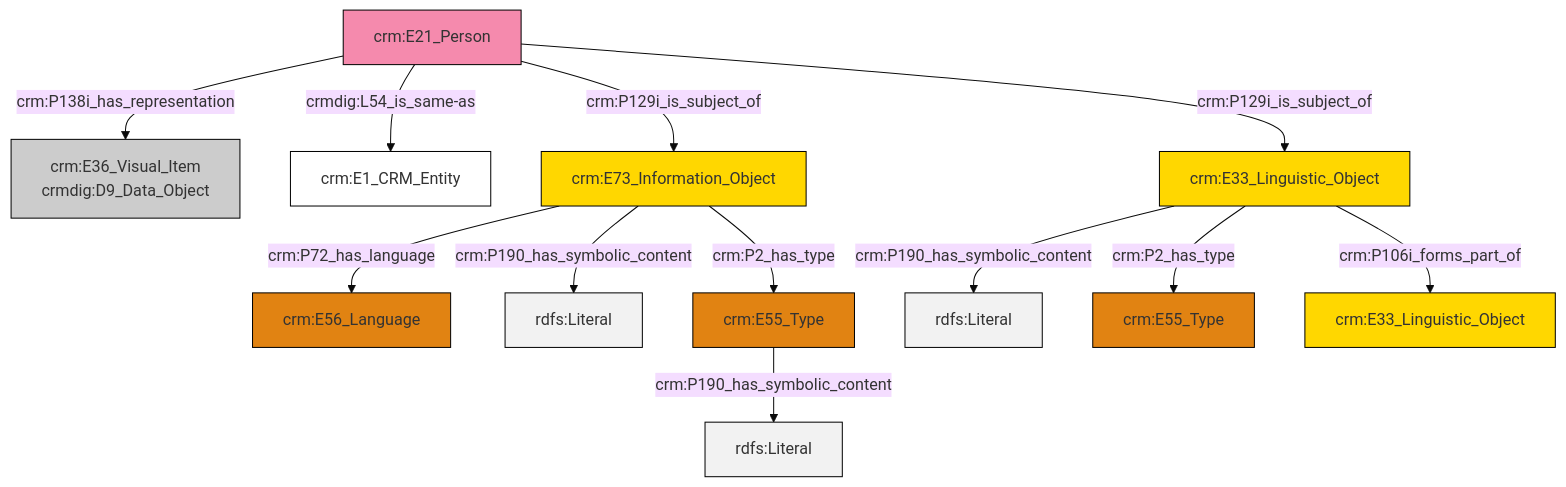
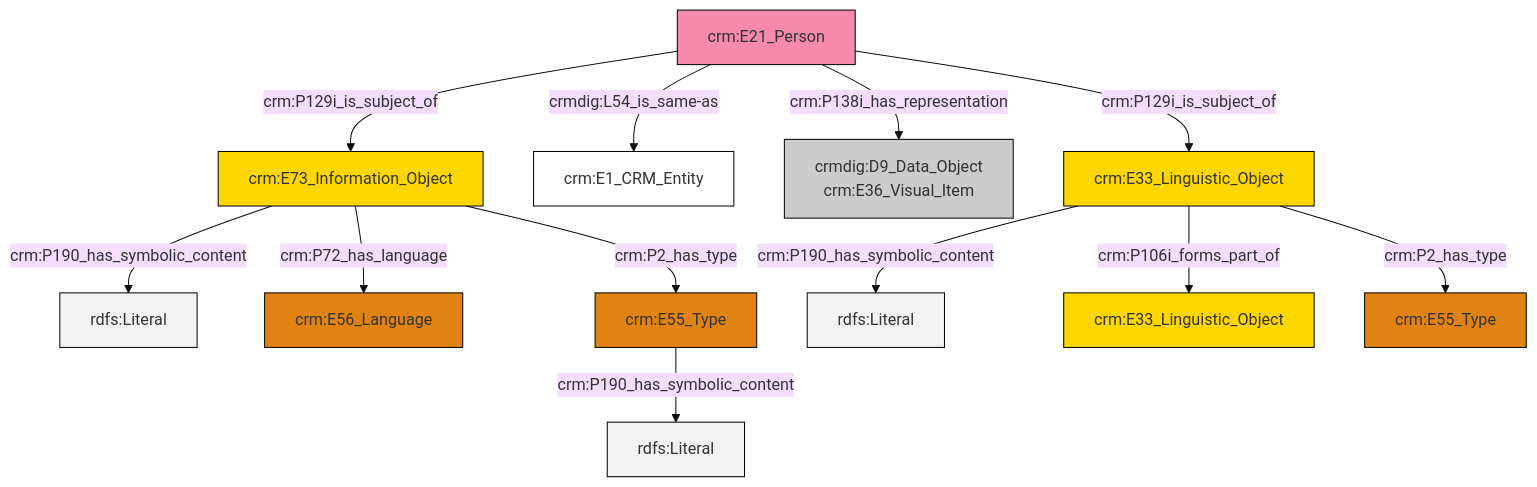
The diagram in et/personCSV/ttl/mmd/Person_Documentation.ttl.mmd (swiss-art-research-net/reference-data-models), drawn with Mermaid (base theme) before and after one commit. The commit also changed 129 other files, not shown here.

```diff
--- a/et/personCSV/ttl/mmd/Person_Documentation.ttl.mmd
+++ b/et/personCSV/ttl/mmd/Person_Documentation.ttl.mmd
@@ -1,26 +1,26 @@
 graph TD
 classDef Literal fill:#f2f2f2,stroke:#000000;
 classDef CRM_Entity fill:#FFFFFF,stroke:#000000;
 classDef Temporal_Entity fill:#00C9E6, stroke:#000000;
 classDef Type fill:#E18312, stroke:#000000;
 classDef Time-Span fill:#2C9C91, stroke:#000000;
 classDef Appellation fill:#FFEB7F, stroke:#000000;
 classDef Place fill:#008836, stroke:#000000;
 classDef Persistent_Item fill:#B266B2, stroke:#000000;
 classDef Conceptual_Object fill:#FFD700, stroke:#000000;
 classDef Physical_Thing fill:#D2B48C, stroke:#000000;
 classDef Actor fill:#f58aad, stroke:#000000;
 classDef PC_Classes fill:#4ce600, stroke:#000000;
 classDef Multi fill:#cccccc,stroke:#000000;
 
-0["crm:E21_Person"]:::Actor -->|crm:P138i_has_representation| 1["crm:E36_Visual_Item<br>crmdig:D9_Data_Object"]:::Multi
-6["crm:E33_Linguistic_Object"]:::Conceptual_Object -->|crm:P190_has_symbolic_content| 7[rdfs:Literal]:::Literal
-0["crm:E21_Person"]:::Actor -->|crmdig:L54_is_same-as| 10["crm:E1_CRM_Entity"]:::CRM_Entity
-2["crm:E73_Information_Object"]:::Conceptual_Object -->|crm:P72_has_language| 8["crm:E56_Language"]:::Type
-6["crm:E33_Linguistic_Object"]:::Conceptual_Object -->|crm:P2_has_type| 4["crm:E55_Type"]:::Type
-6["crm:E33_Linguistic_Object"]:::Conceptual_Object -->|crm:P106i_forms_part_of| 12["crm:E33_Linguistic_Object"]:::Conceptual_Object
-2["crm:E73_Information_Object"]:::Conceptual_Object -->|crm:P190_has_symbolic_content| 15[rdfs:Literal]:::Literal
-0["crm:E21_Person"]:::Actor -->|crm:P129i_is_subject_of| 2["crm:E73_Information_Object"]:::Conceptual_Object
-16["crm:E55_Type"]:::Type -->|crm:P190_has_symbolic_content| 17[rdfs:Literal]:::Literal
-2["crm:E73_Information_Object"]:::Conceptual_Object -->|crm:P2_has_type| 16["crm:E55_Type"]:::Type
-0["crm:E21_Person"]:::Actor -->|crm:P129i_is_subject_of| 6["crm:E33_Linguistic_Object"]:::Conceptual_Object
+0["crm:E33_Linguistic_Object"]:::Conceptual_Object -->|crm:P190_has_symbolic_content| 1[rdfs:Literal]:::Literal
+2["crm:E21_Person"]:::Actor -->|crm:P129i_is_subject_of| 3["crm:E73_Information_Object"]:::Conceptual_Object
+3["crm:E73_Information_Object"]:::Conceptual_Object -->|crm:P190_has_symbolic_content| 6[rdfs:Literal]:::Literal
+0["crm:E33_Linguistic_Object"]:::Conceptual_Object -->|crm:P106i_forms_part_of| 9["crm:E33_Linguistic_Object"]:::Conceptual_Object
+2["crm:E21_Person"]:::Actor -->|crmdig:L54_is_same-as| 10["crm:E1_CRM_Entity"]:::CRM_Entity
+2["crm:E21_Person"]:::Actor -->|crm:P138i_has_representation| 4["crmdig:D9_Data_Object<br>crm:E36_Visual_Item"]:::Multi
+3["crm:E73_Information_Object"]:::Conceptual_Object -->|crm:P72_has_language| 7["crm:E56_Language"]:::Type
+0["crm:E33_Linguistic_Object"]:::Conceptual_Object -->|crm:P2_has_type| 12["crm:E55_Type"]:::Type
+2["crm:E21_Person"]:::Actor -->|crm:P129i_is_subject_of| 0["crm:E33_Linguistic_Object"]:::Conceptual_Object
+16["crm:E55_Type"]:::Type -->|crm:P190_has_symbolic_content| 19[rdfs:Literal]:::Literal
+3["crm:E73_Information_Object"]:::Conceptual_Object -->|crm:P2_has_type| 16["crm:E55_Type"]:::Type
```
